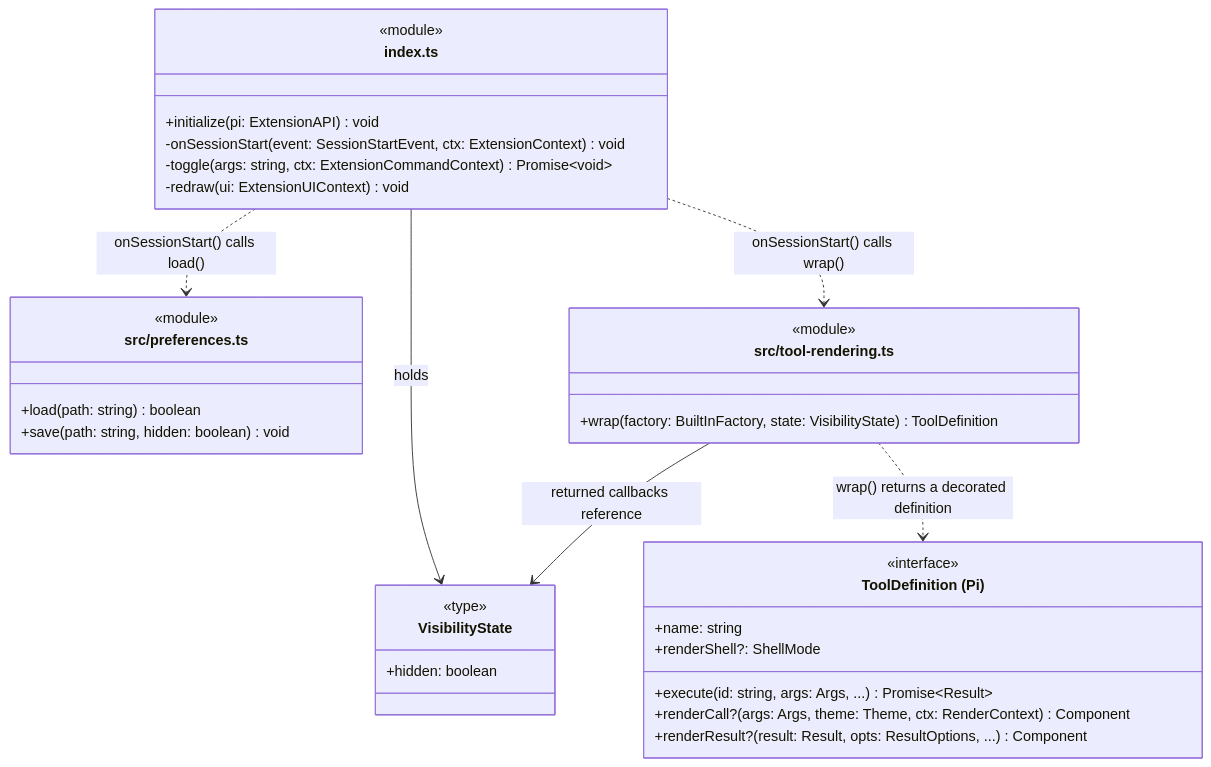
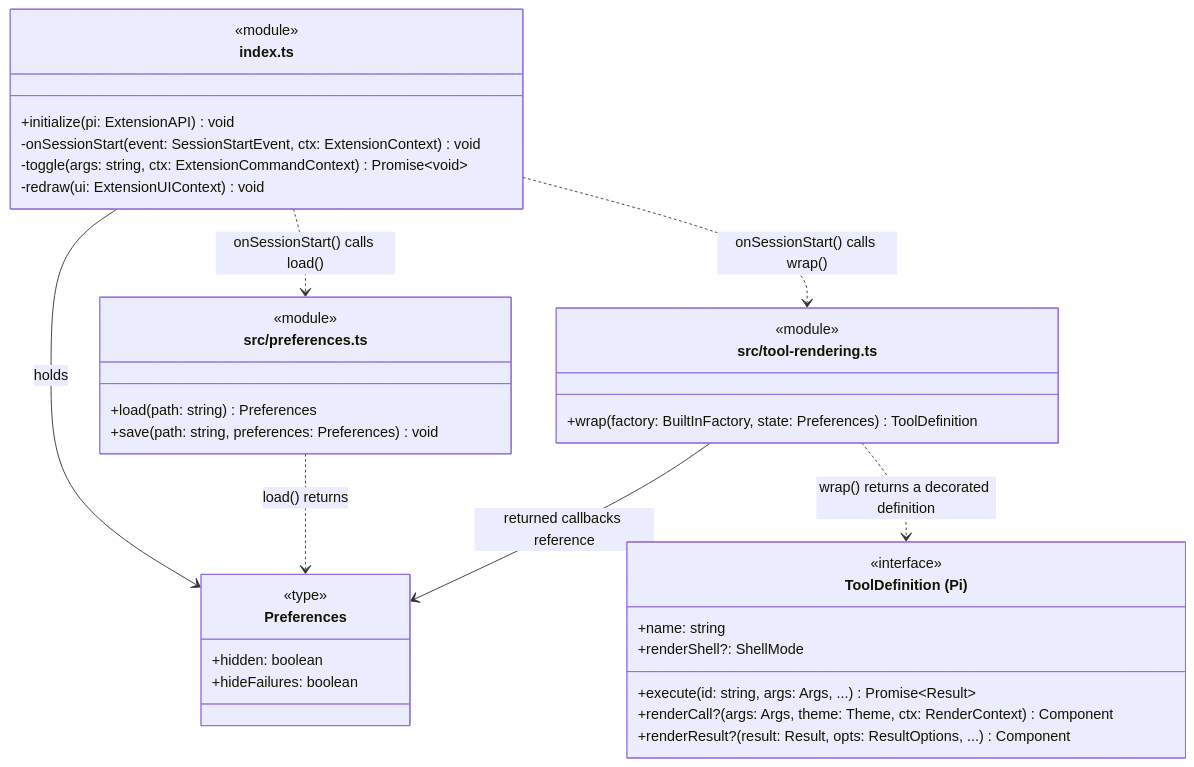
Before and after one commit to ScottRBK/pi-hide-tools-extension: the diagram in docs/architecture/class_diagram/README.md, drawn with Mermaid. The commit also changed other lines of this file and 11 other files, not shown here.

Commit message:
feat: hide failed tool calls by default with an opt-out toggle

````diff
--- a/docs/architecture/class_diagram/README.md
+++ b/docs/architecture/class_diagram/README.md
@@ -10,43 +10,45 @@
 ```mermaid
 classDiagram
     direction TB
 
     class index_Module["index.ts"] {
         <<module>>
         +initialize(pi: ExtensionAPI) void
         -onSessionStart(event: SessionStartEvent, ctx: ExtensionContext) void
         -toggle(args: string, ctx: ExtensionCommandContext) Promise~void~
         -redraw(ui: ExtensionUIContext) void
     }
 
     class preferences_Module["src/preferences.ts"] {
         <<module>>
-        +load(path: string) boolean
-        +save(path: string, hidden: boolean) void
+        +load(path: string) Preferences
+        +save(path: string, preferences: Preferences) void
     }
 
     class rendering_Module["src/tool-rendering.ts"] {
         <<module>>
-        +wrap(factory: BuiltInFactory, state: VisibilityState) ToolDefinition
+        +wrap(factory: BuiltInFactory, state: Preferences) ToolDefinition
     }
 
-    class rendering_VisibilityState["VisibilityState"] {
+    class preferences_Preferences["Preferences"] {
         <<type>>
         +hidden: boolean
+        +hideFailures: boolean
     }
 
     class pi_ToolDefinition["ToolDefinition (Pi)"] {
         <<interface>>
         +name: string
         +renderShell?: ShellMode
         +execute(id: string, args: Args, ...) Promise~Result~
         +renderCall?(args: Args, theme: Theme, ctx: RenderContext) Component
         +renderResult?(result: Result, opts: ResultOptions, ...) Component
     }
 
     index_Module ..> preferences_Module : onSessionStart() calls load()
     index_Module ..> rendering_Module : onSessionStart() calls wrap()
-    index_Module --> rendering_VisibilityState : holds
-    rendering_Module --> rendering_VisibilityState : returned callbacks reference
+    index_Module --> preferences_Preferences : holds
+    preferences_Module ..> preferences_Preferences : load() returns
+    rendering_Module --> preferences_Preferences : returned callbacks reference
     rendering_Module ..> pi_ToolDefinition : wrap() returns a decorated definition
 ```
````
